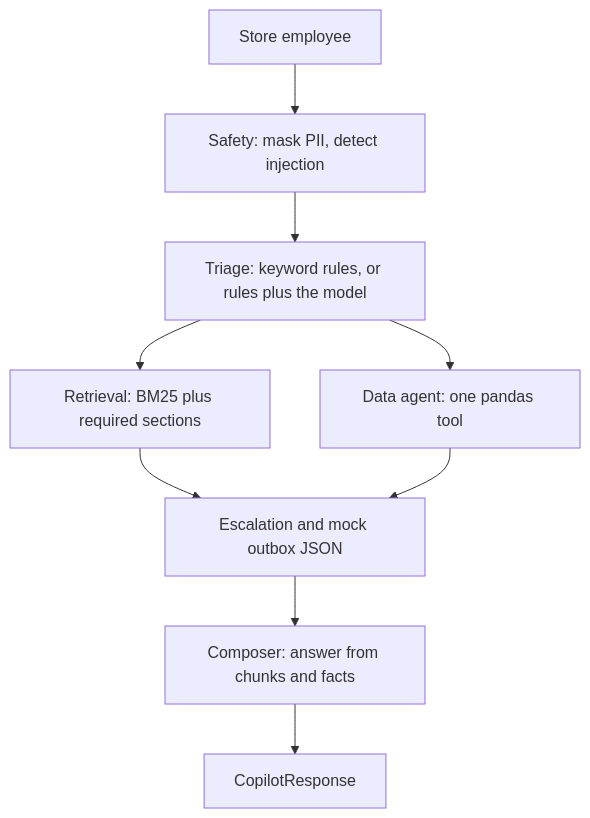
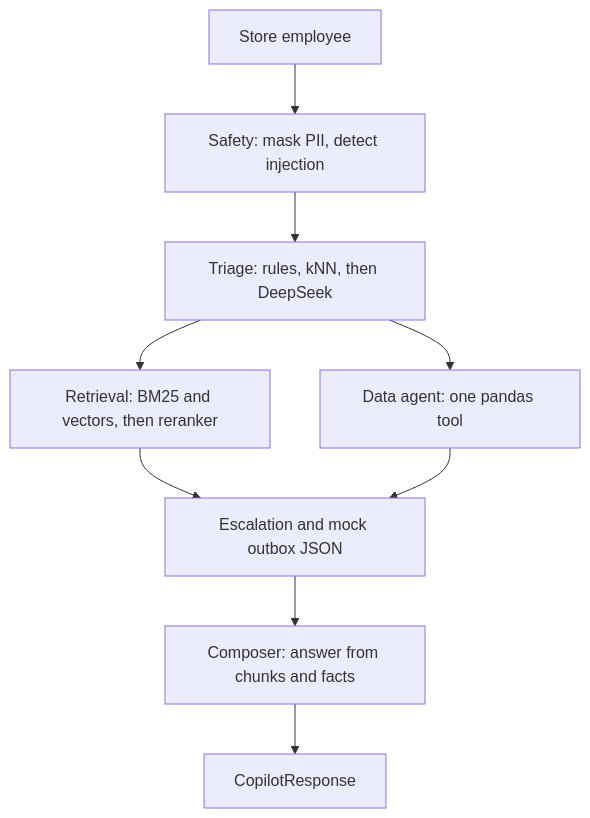
Before and after one commit to A-rNaV/Team_synapse: the diagram in README.md, drawn with Mermaid. The commit also changed other lines of this file and 9 other files, not shown here.

First line of the commit message:
Point the demo at the DeepSeek cascade and record the architecture.

````diff
--- a/README.md
+++ b/README.md
@@ -29,11 +32,11 @@
 ```mermaid
 flowchart TD
   employee[Store employee] --> safety[Safety: mask PII, detect injection]
-  safety --> triage[Triage: keyword rules, or rules plus the model]
-  triage --> retrieval[Retrieval: BM25 plus required sections]
+  safety --> triage[Triage: rules, kNN, then DeepSeek]
+  triage --> retrieval[Retrieval: BM25 and vectors, then reranker]
   triage --> dataAgent[Data agent: one pandas tool]
   retrieval --> escalation[Escalation and mock outbox JSON]
   dataAgent --> escalation
   escalation --> composer[Composer: answer from chunks and facts]
   composer --> response[CopilotResponse]
 ```
````
